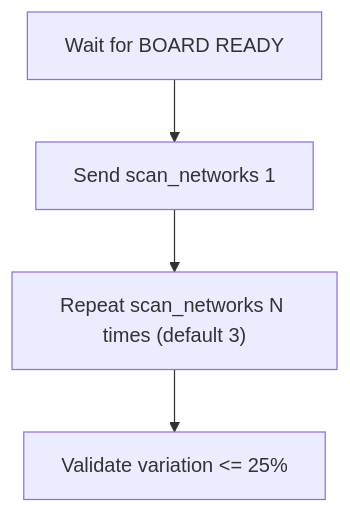
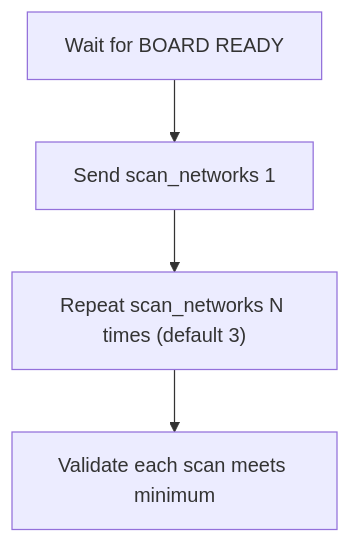
The seventh of 15 diagrams in ESP32C5/tests/README.md (C5Lab/projectZero), drawn with Mermaid before and after one commit. The commit also changed other lines of this file and 2 other files, not shown here.

Commit message:
logic change in multi scan test

````diff
--- a/ESP32C5/tests/README.md
+++ b/ESP32C5/tests/README.md
@@ -162,6 +162,6 @@
 ```mermaid
 flowchart TD
     A[Wait for BOARD READY] --> B["Send scan_networks 1"]
     B --> C["Repeat scan_networks N times (default 3)"]
-    C --> D[Validate variation <= 25%]
+    C --> D[Validate each scan meets minimum]
 ```
````
